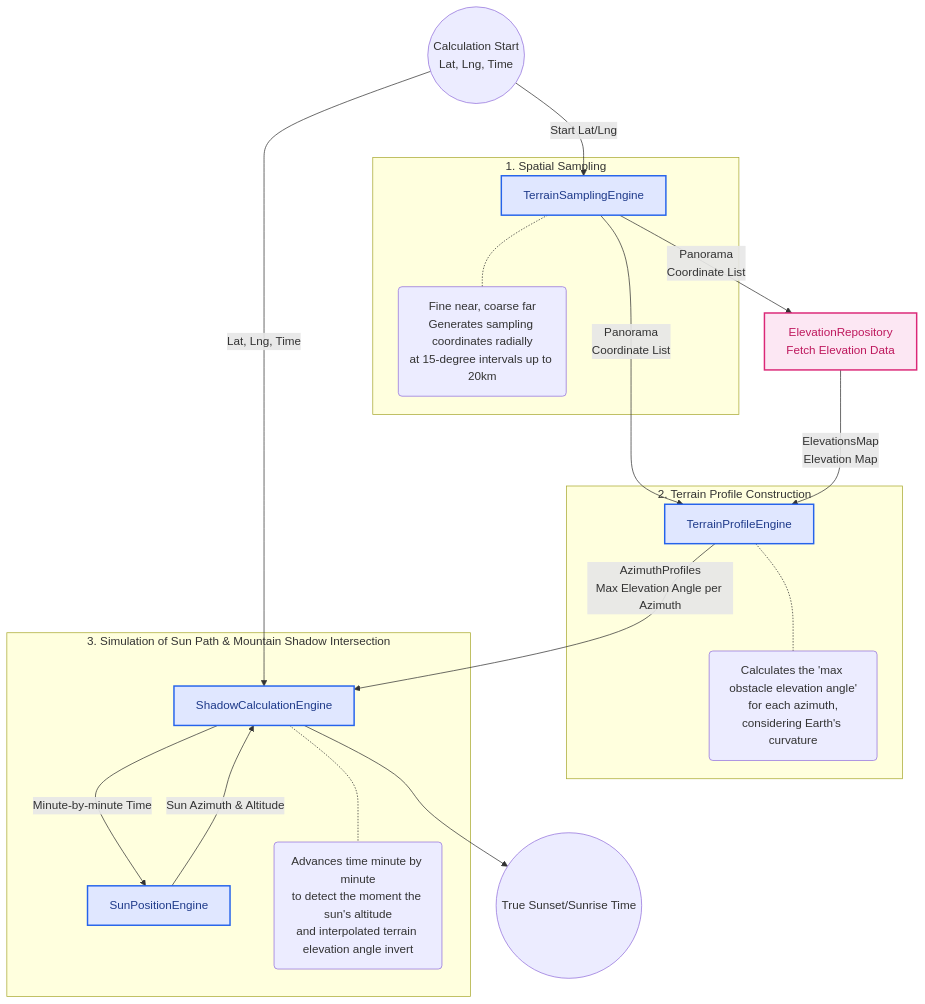
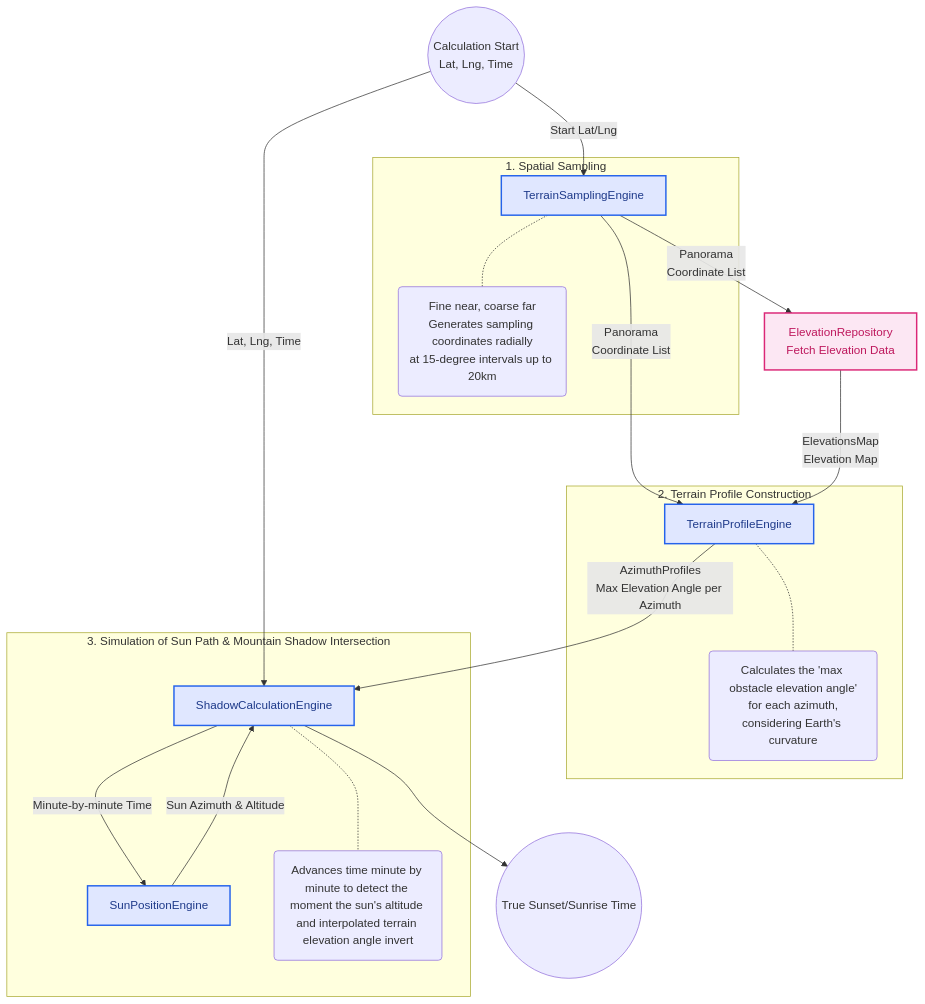
The diagram in docs/architecture/domain-algorithm.md (tomopumipumi/yamakage), drawn with Mermaid before and after one commit. The commit also changed other lines of this file and 4 other files, not shown here.

````diff
--- a/docs/architecture/domain-algorithm.md
+++ b/docs/architecture/domain-algorithm.md
@@ -3,46 +3,46 @@
 ```mermaid
 flowchart TD
     classDef engine fill:#e0e7ff,stroke:#2563eb,stroke-width:2px,color:#1e3a8a
     classDef data fill:#f3f4f6,stroke:#6b7280,stroke-width:1px,stroke-dasharray: 5 5
     classDef external fill:#fce7f3,stroke:#db2777,stroke-width:2px,color:#be185d
 
     Start((Calculation Start<br/>Lat, Lng, Time))
 
     subgraph Phase1 [1. Spatial Sampling]
         TSE[TerrainSamplingEngine]:::engine
         Note1(Fine near, coarse far<br/>Generates sampling coordinates radially<br/>at 15-degree intervals up to 20km)
         TSE -.- Note1
     end
 
     Repo[ElevationRepository<br/>Fetch Elevation Data]:::external
 
     subgraph Phase2 [2. Terrain Profile Construction]
         TPE[TerrainProfileEngine]:::engine
         Note2(Calculates the 'max obstacle elevation angle'<br/>for each azimuth,<br/>considering Earth's curvature)
         TPE -.- Note2
     end
 
     subgraph Phase3 [3. Simulation of Sun Path & Mountain Shadow Intersection]
         SCE[ShadowCalculationEngine]:::engine
         SPE[SunPositionEngine]:::engine
-        Note3(Advances time minute by minute<br/>to detect the moment the sun's altitude<br/>and interpolated terrain elevation angle invert)
+        Note3(Advances time minute by minute to detect the moment the sun's altitude and interpolated terrain elevation angle invert)
         
         SCE --> |Minute-by-minute Time| SPE
         SPE --> |Sun Azimuth & Altitude| SCE
         SCE -.- Note3
     end
 
     End((True Sunset/Sunrise Time))
 
     Start --> |Start Lat/Lng| TSE
     TSE --> |Panorama<br/>Coordinate List| Repo
     
     TSE --> |Panorama<br/>Coordinate List| TPE
     Repo --> |ElevationsMap<br/>Elevation Map| TPE
     
     TPE --> |AzimuthProfiles<br/>Max Elevation Angle per Azimuth| SCE
     Start --> |Lat, Lng, Time| SCE
     
     SCE --> End
 
 ```
````
